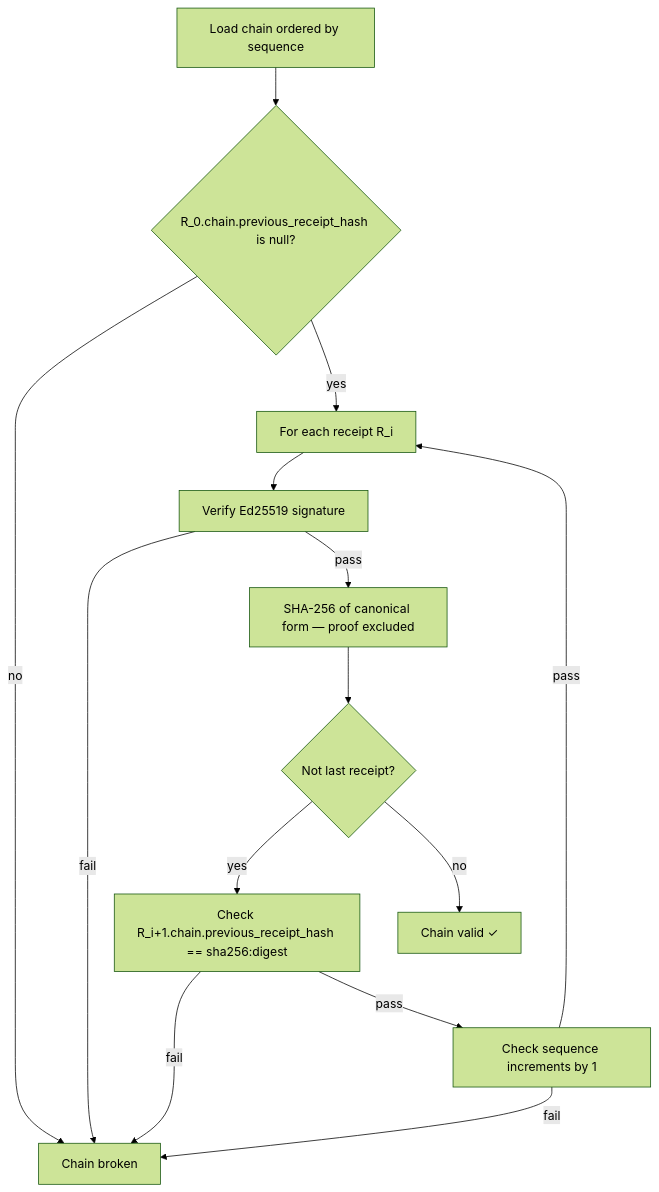
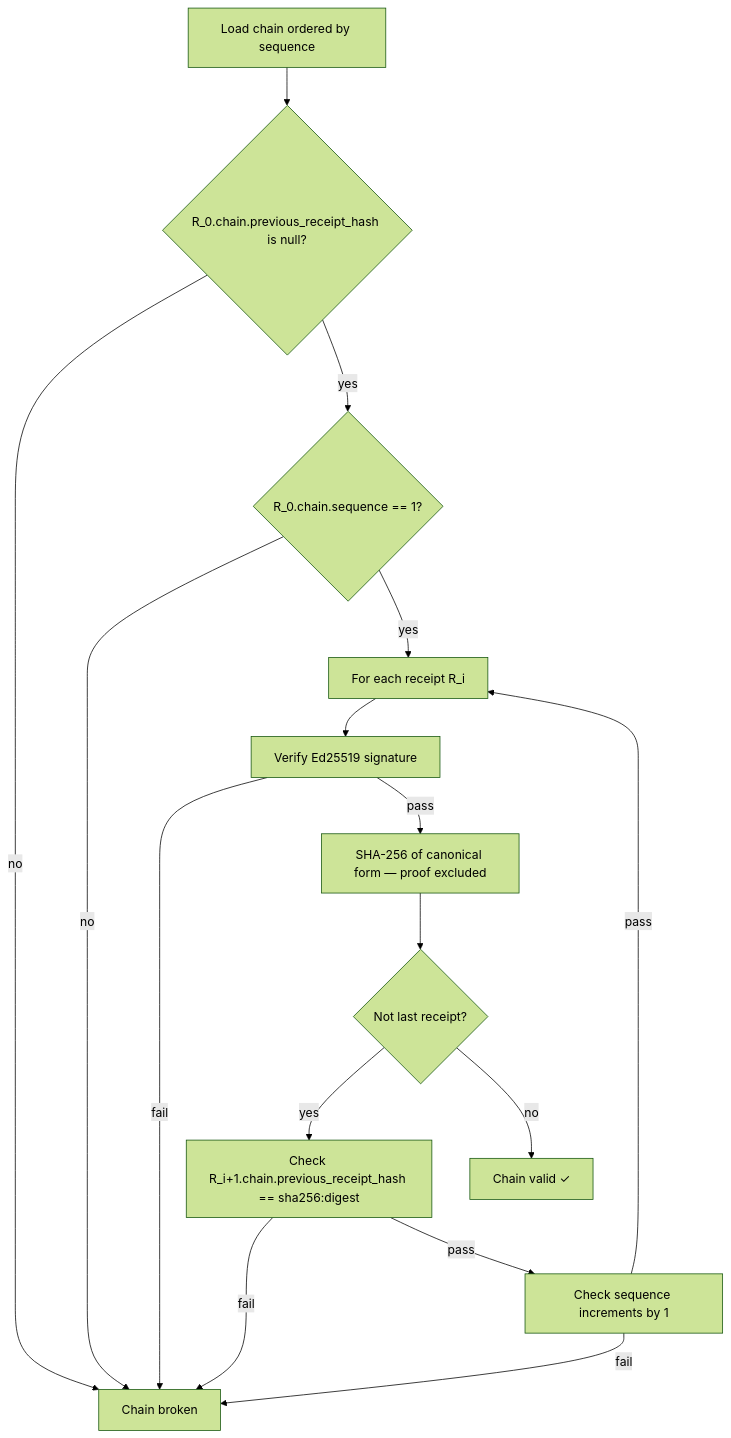
The diagram in site/src/content/docs/specification/receipt-chain-verification.mdx (agent-receipts/ar), drawn with Mermaid (forest theme) before and after one commit. The commit also changed 3 other files, not shown here.

First line of the commit message:
docs(site): fix four diagram issues per Copilot review on PR #398 round 4

````diff
--- a/site/src/content/docs/specification/receipt-chain-verification.mdx
+++ b/site/src/content/docs/specification/receipt-chain-verification.mdx
@@ -49,16 +49,18 @@
 ```mermaid
 flowchart TD
   A[Load chain ordered by sequence] --> A2{R_0.chain.previous_receipt_hash is null?}
   A2 -->|no| Z[Chain broken]
-  A2 -->|yes| B[For each receipt R_i]
+  A2 -->|yes| A3{R_0.chain.sequence == 1?}
+  A3 -->|no| Z
+  A3 -->|yes| B[For each receipt R_i]
   B --> C[Verify Ed25519 signature]
   C -->|fail| Z
   C -->|pass| D[SHA-256 of canonical form — proof excluded]
   D --> E{Not last receipt?}
   E -->|yes| F["Check R_i+1.chain.previous_receipt_hash == sha256:digest"]
   F -->|fail| Z
   F -->|pass| G[Check sequence increments by 1]
   G -->|fail| Z
   G -->|pass| B
   E -->|no| H[Chain valid ✓]
 ```
````
